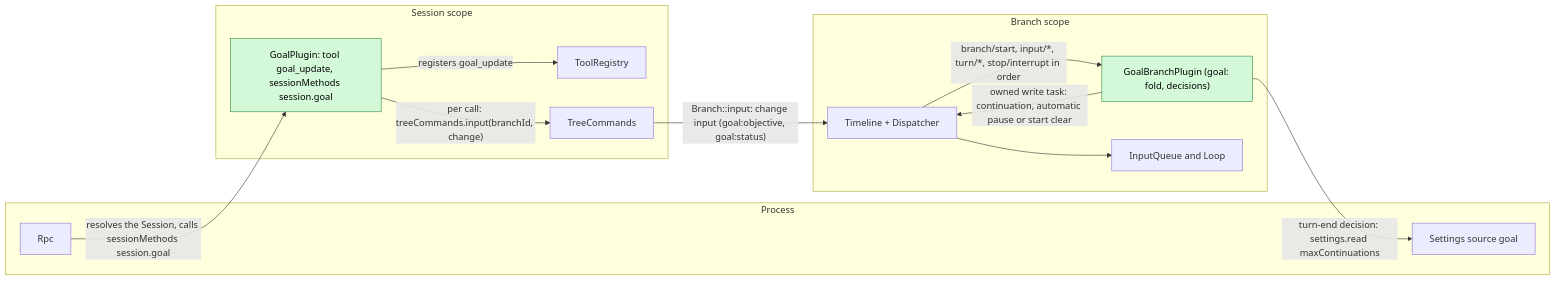
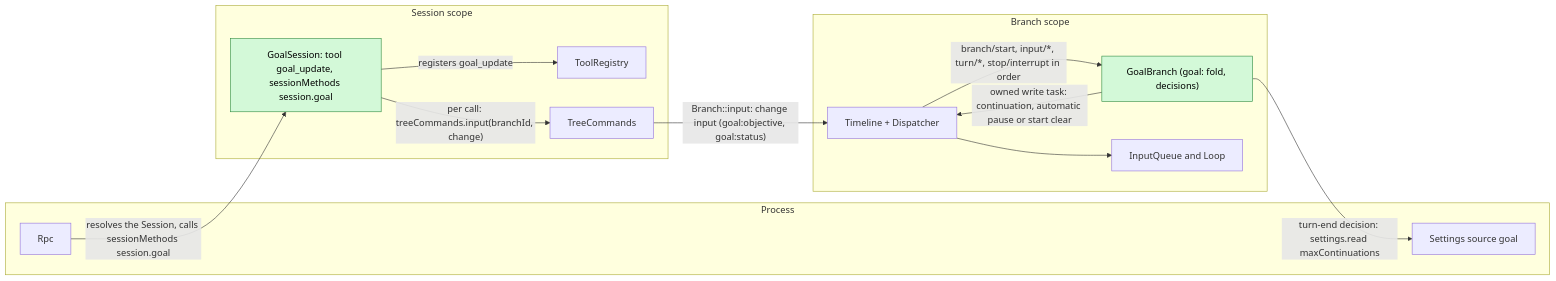
The first of 7 diagrams in docs/design/plugins/Goal.md (CoutinhoTTS/dim-agent), drawn with Mermaid before and after one commit. The commit also changed other lines of this file and 5 other files, not shown here.

````diff
--- a/docs/design/plugins/Goal.md
+++ b/docs/design/plugins/Goal.md
@@ -11,26 +11,26 @@
 ```mermaid
 flowchart LR
   subgraph PROC["Process"]
     Rpc["Rpc"]
     Settings["Settings source goal"]
   end
   subgraph SESS["Session scope"]
-    GS["GoalPlugin: tool goal_update, sessionMethods session.goal"]:::new
+    GS["GoalSession: tool goal_update, sessionMethods session.goal"]:::new
     TR["ToolRegistry"]
     TC["TreeCommands"]
   end
   subgraph BR["Branch scope"]
-    GB["GoalBranchPlugin (goal: fold, decisions)"]:::new
+    GB["GoalBranch (goal: fold, decisions)"]:::new
     TL["Timeline + Dispatcher"]
     IQ["InputQueue and Loop"]
   end
   GS -- "registers goal_update" --> TR
   Rpc -- "resolves the Session, calls sessionMethods session.goal" --> GS
   GS -- "per call: treeCommands.input(branchId, change)" --> TC
   TC -- "Branch::input: change input (goal:objective, goal:status)" --> TL
   TL -- "branch/start, input/*, turn/*, stop/interrupt in order" --> GB
   GB -- "owned write task: continuation, automatic pause or start clear" --> TL
   GB -- "turn-end decision: settings.read maxContinuations" --> Settings
   TL --> IQ
   classDef new fill:#d3f9d8,stroke:#2b8a3e,color:#000
 ```
````
